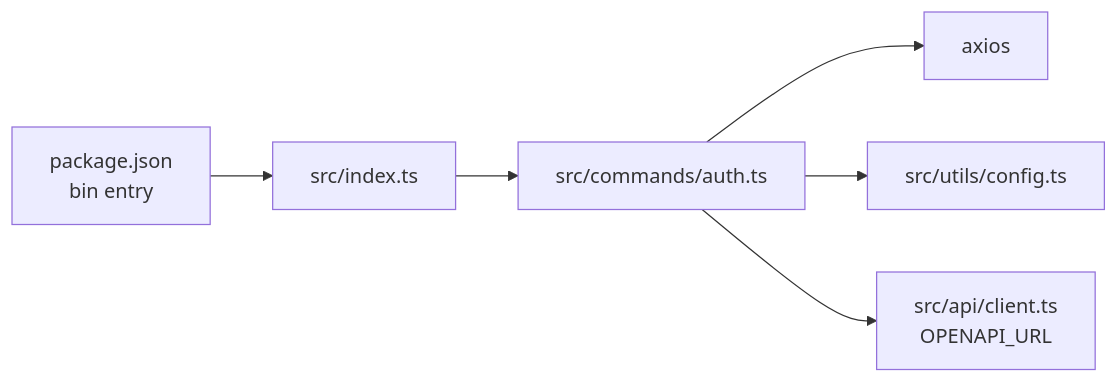
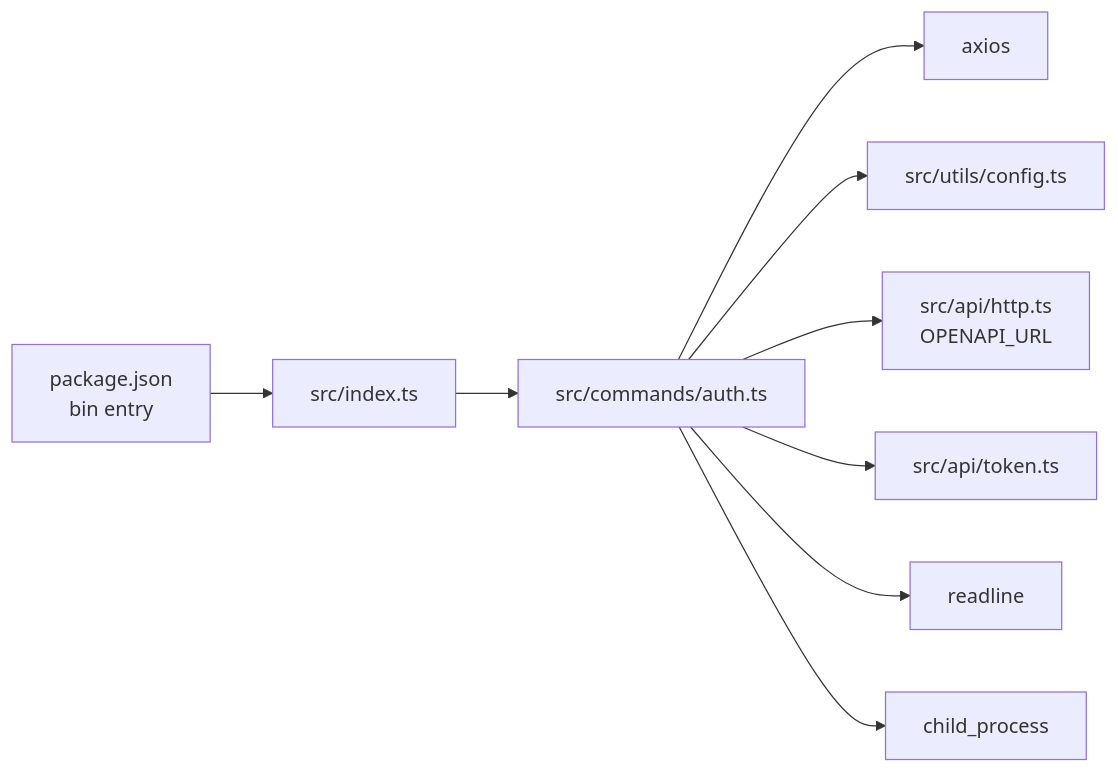
Before and after one commit to yuexiaoliang/baiduwangpan-manager: the sixth of 6 diagrams in .qoder/repowiki/en/content/Command Reference/Auth Command.md, drawn with Mermaid. The commit also changed other lines of this file and 30 other files, not shown here.

````diff
--- a/.qoder/repowiki/en/content/Command Reference/Auth Command.md
+++ b/.qoder/repowiki/en/content/Command Reference/Auth Command.md
@@ -271,8 +296,11 @@
 ```mermaid
 graph LR
 BIN["package.json<br/>bin entry"] --> IDX["src/index.ts"]
 IDX --> AUTH["src/commands/auth.ts"]
 AUTH --> AX["axios"]
 AUTH --> CFG["src/utils/config.ts"]
-AUTH --> OA["src/api/client.ts<br/>OPENAPI_URL"]
+AUTH --> HTTP["src/api/http.ts<br/>OPENAPI_URL"]
+AUTH --> TOKEN["src/api/token.ts"]
+AUTH --> RL["readline"]
+AUTH --> CP["child_process"]
 ```
````
